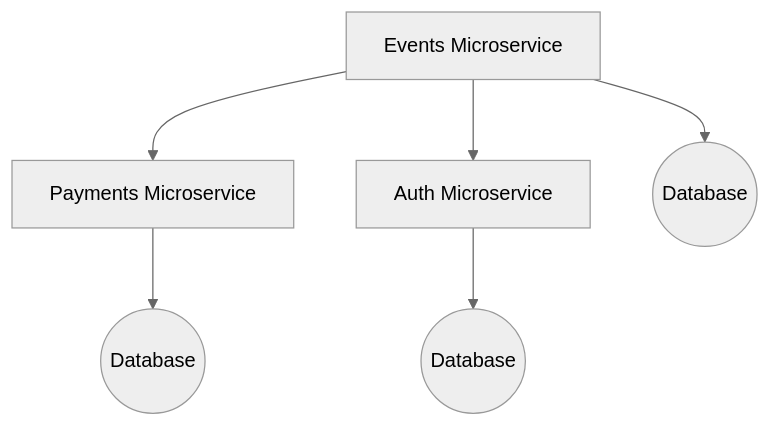
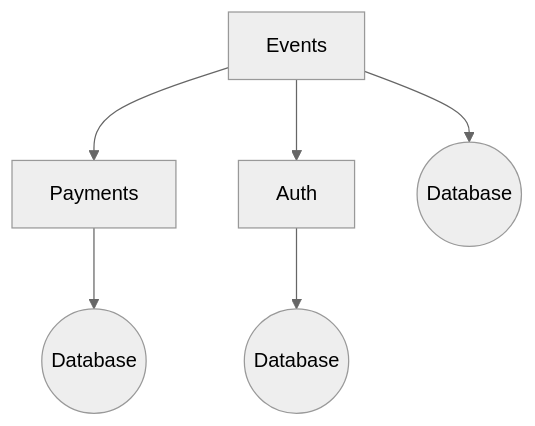
The first of 2 diagrams in README.md (developer239/nest-vite-fullstack-microservices-poc), drawn with Mermaid (neutral theme) before and after one commit.

Commit message:
docs: simplify diagram

````diff
--- a/README.md
+++ b/README.md
@@ -7,8 +7,8 @@
 ```mermaid
 graph TB
-  A[Events Microservice] --> B[Payments Microservice]
-  A --> C[Auth Microservice]
+  A[Events] --> B[Payments]
+  A --> C[Auth]
   A --> D((Database))
   B --> E((Database))
   C --> F((Database))
 ```
````
